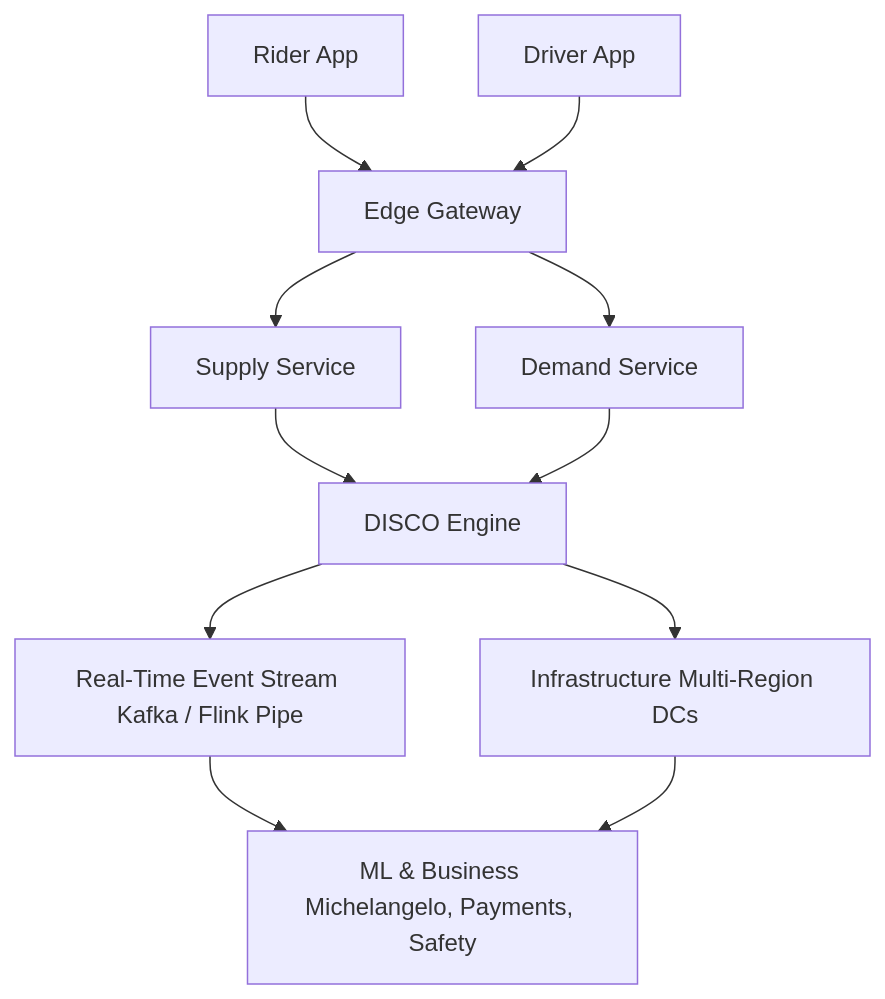
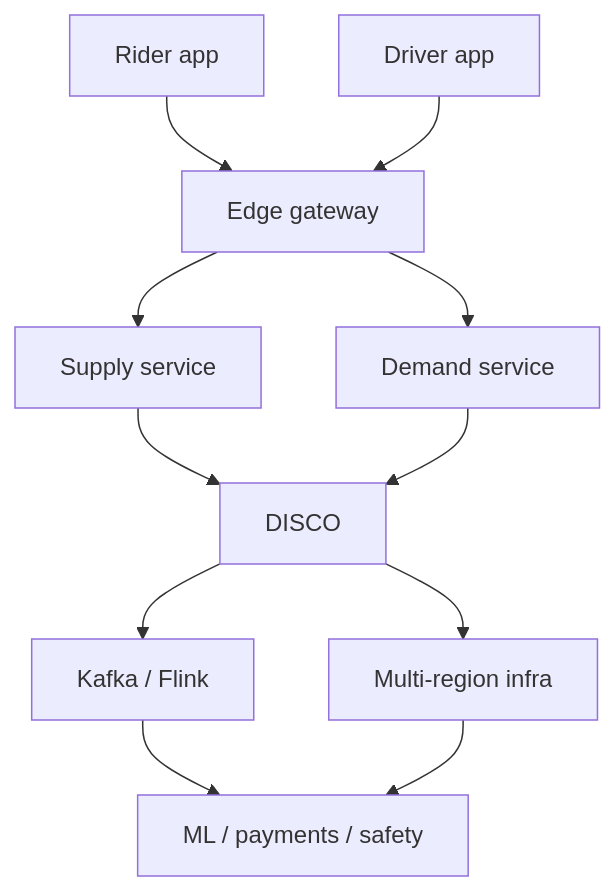
The first of 11 diagrams in blog/astro/src/content/docs/uber-architecture.md (Chandra179/atlas), drawn with Mermaid before and after one commit. The commit also changed other lines of this file and 6 other files, not shown here.

````diff
--- a/blog/astro/src/content/docs/uber-architecture.md
+++ b/blog/astro/src/content/docs/uber-architecture.md
@@ -24,15 +24,15 @@
 ```mermaid
 graph TB
-    RC["Rider App"]
-    DC["Driver App"]
-    RC --> EG[Edge Gateway]
+    RC[Rider app]
+    DC[Driver app]
+    RC --> EG[Edge gateway]
     DC --> EG
-    EG --> SS[Supply Service]
-    EG --> DS[Demand Service]
-    SS --> DE[DISCO Engine]
+    EG --> SS[Supply service]
+    EG --> DS[Demand service]
+    SS --> DE[DISCO]
     DS --> DE
-    DE --> RTE[Real-Time Event Stream Kafka / Flink Pipe]
-    DE --> INF[Infrastructure Multi-Region DCs]
-    RTE --> MLB[ML & Business Michelangelo, Payments, Safety]
+    DE --> RTE[Kafka / Flink]
+    DE --> INF[Multi-region infra]
+    RTE --> MLB[ML / payments / safety]
     INF --> MLB
 ```
````
